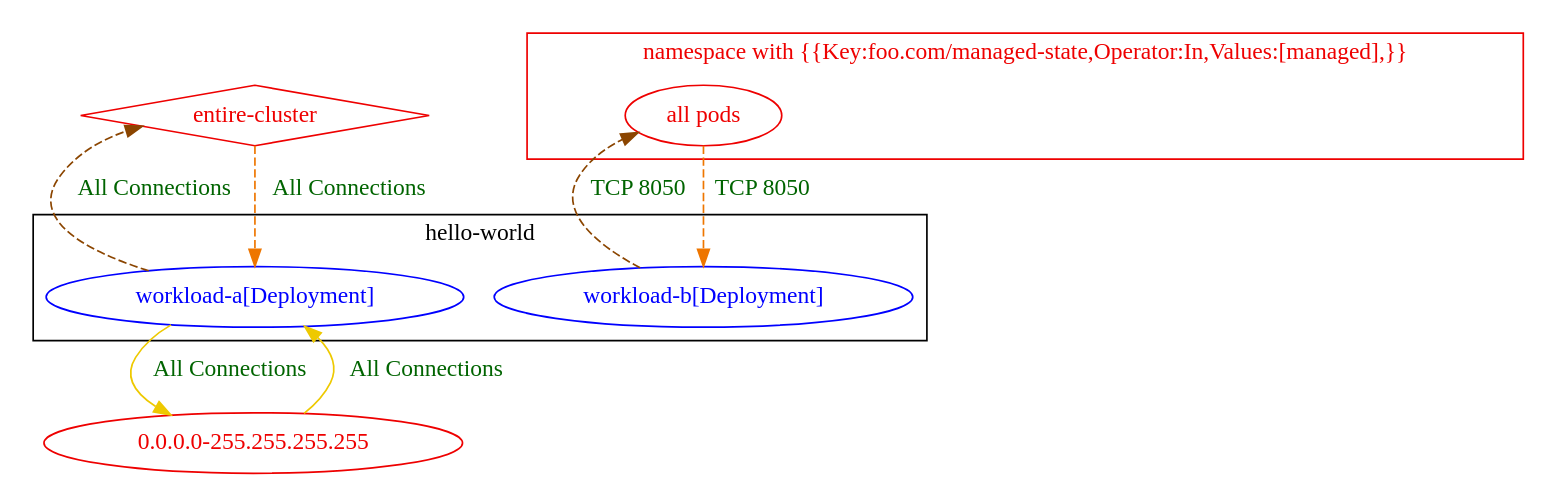
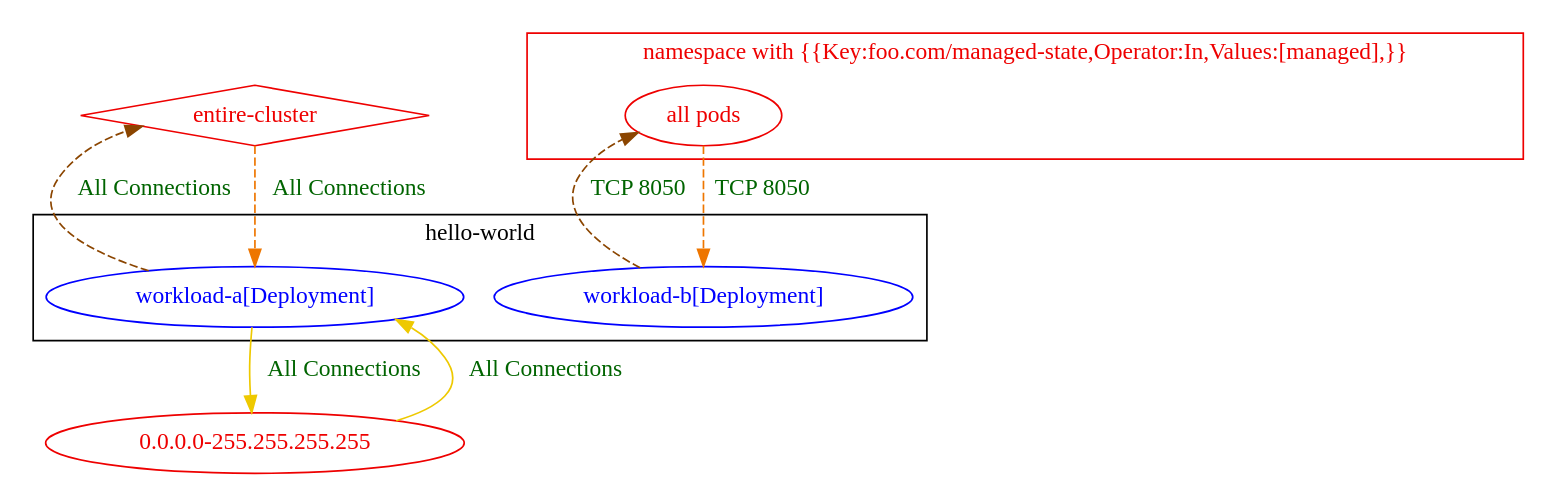
Before and after one commit to np-guard/netpol-analyzer: the diagram in test_outputs/connlist/exposure_test_pod_exposed_only_to_representative_peers_connlist_output.dot, drawn with Graphviz. The commit also changed 153 other files, not shown here.

```diff
--- a/test_outputs/connlist/exposure_test_pod_exposed_only_to_representative_peers_connlist_output.dot
+++ b/test_outputs/connlist/exposure_test_pod_exposed_only_to_representative_peers_connlist_output.dot
@@ -1,23 +1,23 @@
 digraph {
 	subgraph "cluster_hello_world" {
 		color="black"
 		fontcolor="black"
 		"hello-world/workload-a[Deployment]" [label="workload-a[Deployment]" color="blue" fontcolor="blue"]
 		"hello-world/workload-b[Deployment]" [label="workload-b[Deployment]" color="blue" fontcolor="blue"]
 		label="hello-world"
 	}
 	subgraph "cluster_namespace with {{Key:foo.com/managed_state,Operator:In,Values:[managed],}}" {
 		color="red2"
 		fontcolor="red2"
 		"all pods_in_namespace with {{Key:foo.com/managed-state,Operator:In,Values:[managed],}}" [label="all pods" color="red2" fontcolor="red2"]
 		label="namespace with {{Key:foo.com/managed-state,Operator:In,Values:[managed],}}"
 	}
 	"0.0.0.0-255.255.255.255" [label="0.0.0.0-255.255.255.255" color="red2" fontcolor="red2"]
 	"entire-cluster" [label="entire-cluster" color="red2" fontcolor="red2" shape=diamond]
-	"0.0.0.0-255.255.255.255" -> "hello-world/workload-a[Deployment]" [label="All Connections" color="gold2" fontcolor="darkgreen"]
+	"0.0.0.0-255.255.255.255" -> "hello-world/workload-a[Deployment]" [label="All Connections" color="gold2" fontcolor="darkgreen" weight=0.5]
 	"all pods_in_namespace with {{Key:foo.com/managed-state,Operator:In,Values:[managed],}}" -> "hello-world/workload-b[Deployment]" [label="TCP 8050" color="darkorange2" fontcolor="darkgreen" weight=1 style=dashed]
 	"entire-cluster" -> "hello-world/workload-a[Deployment]" [label="All Connections" color="darkorange2" fontcolor="darkgreen" weight=1 style=dashed]
-	"hello-world/workload-a[Deployment]" -> "0.0.0.0-255.255.255.255" [label="All Connections" color="gold2" fontcolor="darkgreen"]
+	"hello-world/workload-a[Deployment]" -> "0.0.0.0-255.255.255.255" [label="All Connections" color="gold2" fontcolor="darkgreen" weight=1]
 	"hello-world/workload-a[Deployment]" -> "entire-cluster" [label="All Connections" color="darkorange4" fontcolor="darkgreen" weight=0.5 style=dashed]
 	"hello-world/workload-b[Deployment]" -> "all pods_in_namespace with {{Key:foo.com/managed-state,Operator:In,Values:[managed],}}" [label="TCP 8050" color="darkorange4" fontcolor="darkgreen" weight=0.5 style=dashed]
 }
```
